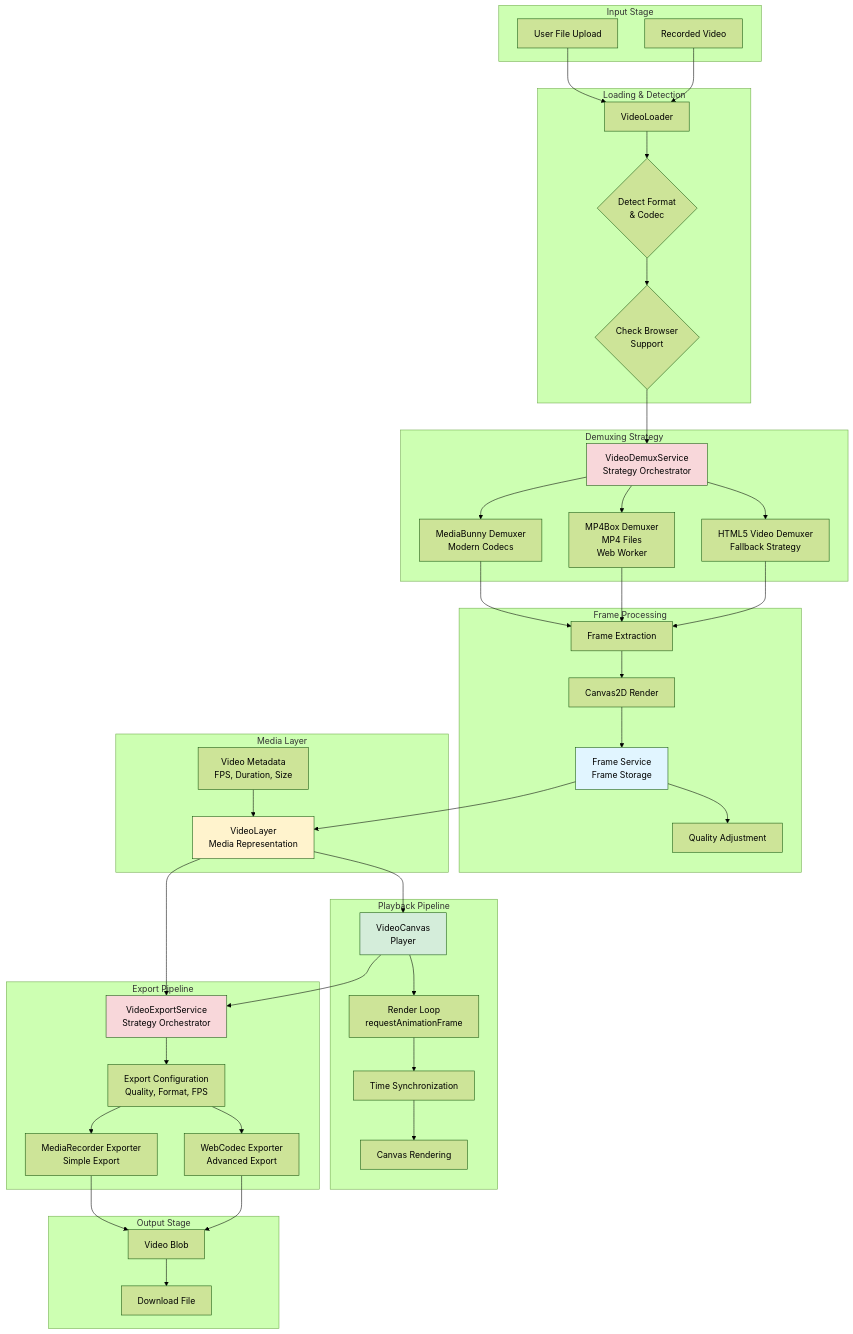
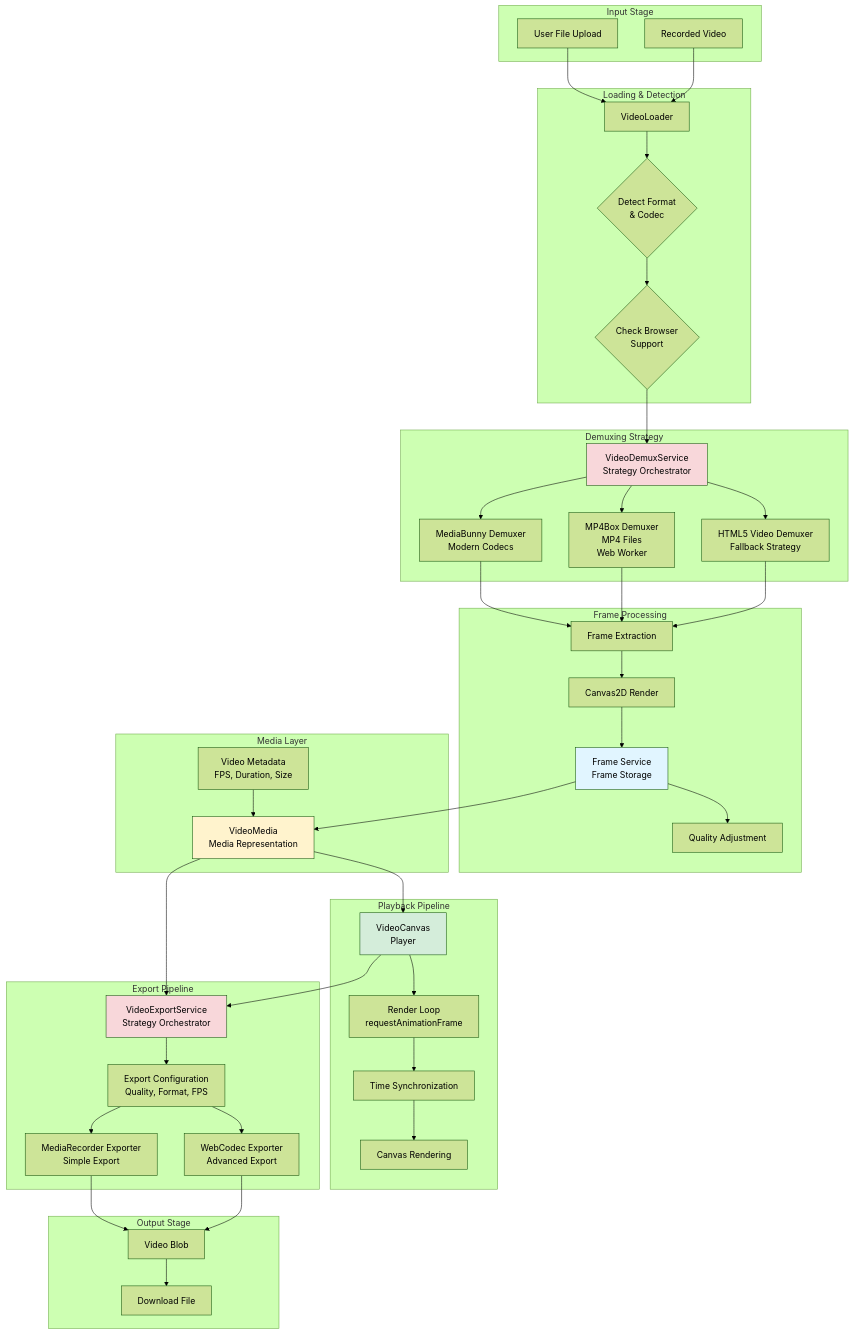
One commit to apssouza22/web-video-edit changed the first of 9 diagrams in docs/architecture/04-video-pipeline.md. Above: the diagram before and after it, drawn with Mermaid (forest theme). The commit also changed 30 other files, not shown here.

````diff
--- a/docs/architecture/04-video-pipeline.md
+++ b/docs/architecture/04-video-pipeline.md
@@ -35,7 +35,7 @@
     end
     
     subgraph "Media Layer"
-        VideoLayer[VideoLayer<br/>Media Representation]
+        VideoMedia[VideoMedia<br/>Media Representation]
         Metadata[Video Metadata<br/>FPS, Duration, Size]
     end
     
@@ -79,15 +79,15 @@
     Canvas2D --> FrameService
     FrameService --> FrameQuality
     
-    FrameService --> VideoLayer
-    Metadata --> VideoLayer
+    FrameService --> VideoMedia
+    Metadata --> VideoMedia
     
-    VideoLayer --> Player
+    VideoMedia --> Player
     Player --> RenderLoop
     RenderLoop --> TimeSync
     TimeSync --> CanvasRender
     
-    VideoLayer --> ExportService
+    VideoMedia --> ExportService
     Player --> ExportService
     ExportService --> ExportConfig
     ExportConfig --> MediaRecorderExp
@@ -99,7 +99,7 @@
     
     style DemuxService fill:#f8d7da
     style ExportService fill:#f8d7da
-    style VideoLayer fill:#fff3cd
+    style VideoMedia fill:#fff3cd
     style Player fill:#d4edda
     style FrameService fill:#e1f5ff
 ```
````
